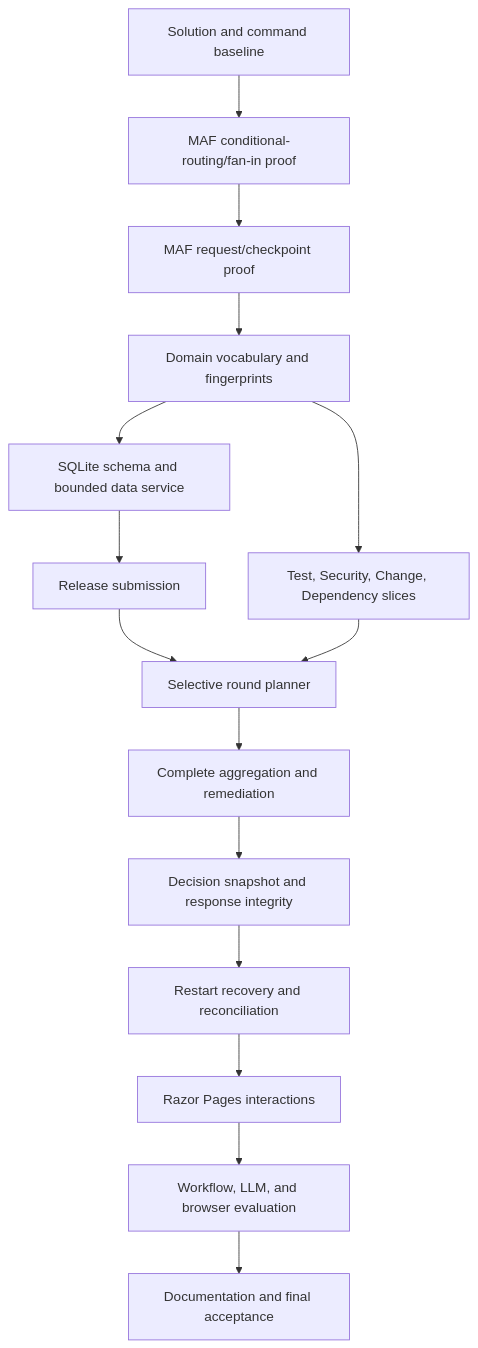
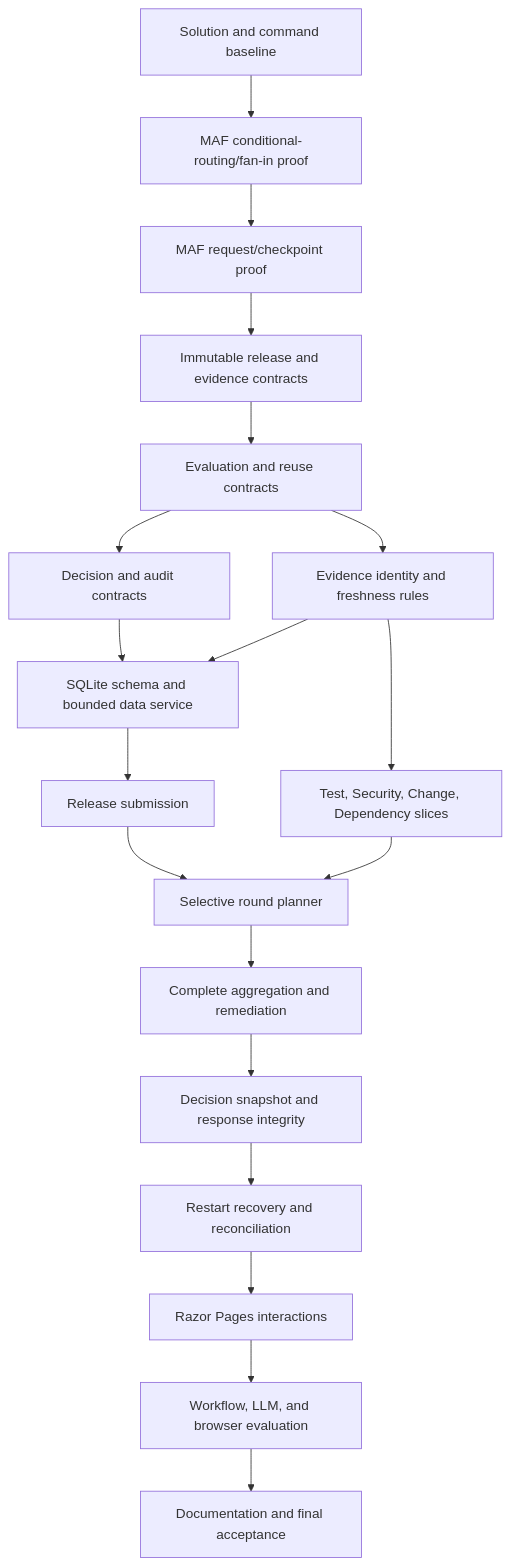
Before and after one commit to mariusz-kacz/release-readiness-coordinator: the diagram in tasks/plan.md, drawn with Mermaid. The commit also changed other lines of this file and 12 other files, not shown here.

Commit message:
Domain models for: - Decisions - Evaluation - Evidences - Releases

````diff
--- a/tasks/plan.md
+++ b/tasks/plan.md
@@ -44,17 +44,21 @@
 ```mermaid
 flowchart TD
     A[Solution and command baseline] --> B[MAF conditional-routing/fan-in proof]
     B --> C[MAF request/checkpoint proof]
-    C --> D[Domain vocabulary and fingerprints]
-    D --> E[SQLite schema and bounded data service]
+    C --> D[Immutable release and evidence contracts]
+    D --> EV[Evaluation and reuse contracts]
+    EV --> DE[Decision and audit contracts]
+    EV --> FR[Evidence identity and freshness rules]
+    DE --> E[SQLite schema and bounded data service]
+    FR --> E
     E --> F[Release submission]
-    D --> G[Test, Security, Change, Dependency slices]
+    FR --> G[Test, Security, Change, Dependency slices]
     F --> H[Selective round planner]
     G --> H
     H --> I[Complete aggregation and remediation]
     I --> J[Decision snapshot and response integrity]
     J --> K[Restart recovery and reconciliation]
     K --> L[Razor Pages interactions]
     L --> M[Workflow, LLM, and browser evaluation]
     M --> N[Documentation and final acceptance]
 ```
````
